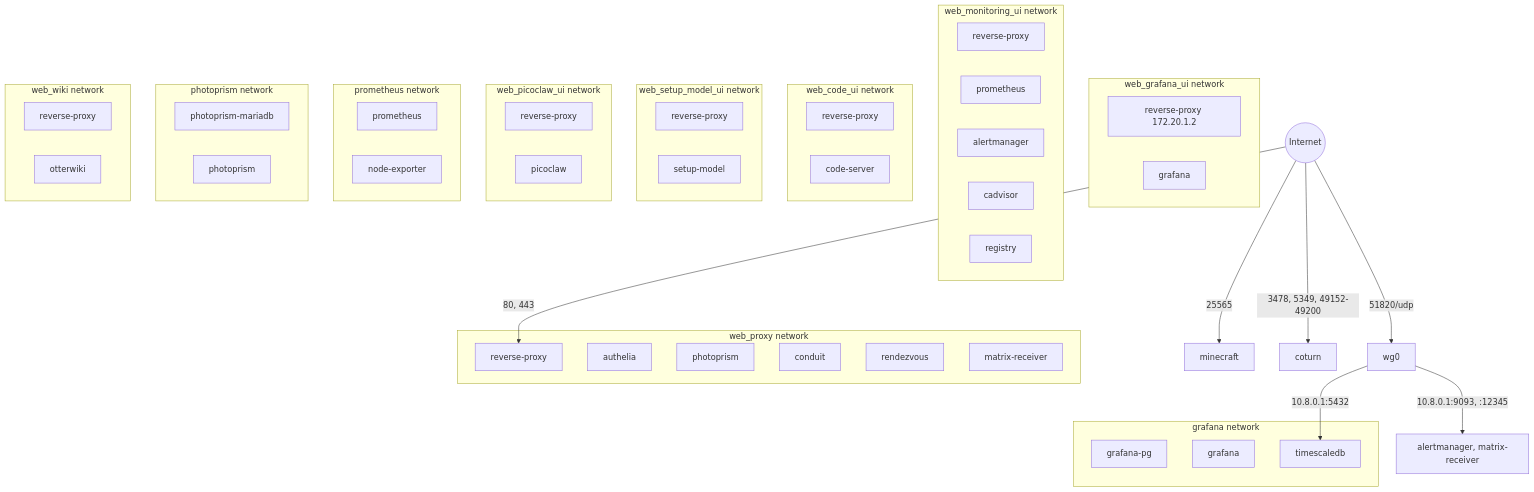
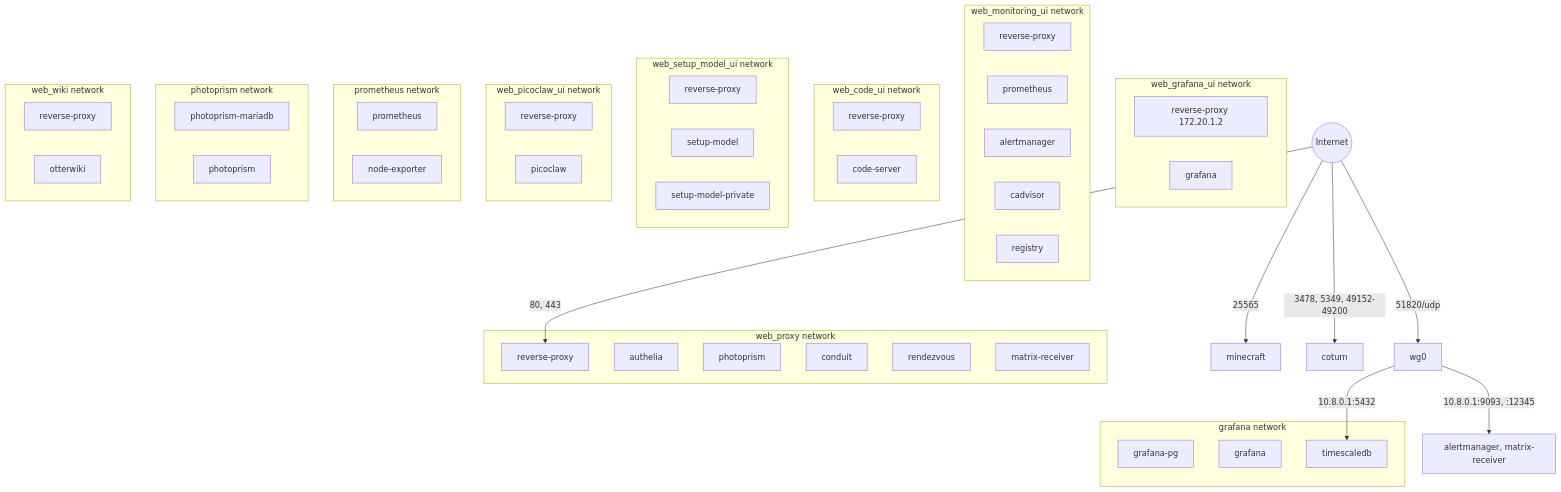
One commit to Waxolunist/ansible-docker-server changed the fourth of 6 diagrams in ARCHITECTURE.md. Above: the diagram before and after it, drawn with Mermaid. The commit also changed other lines of this file and 4 other files, not shown here.

First line of the commit message:
feat: serve the private setup model behind Authelia (TASK-233)

````diff
--- a/ARCHITECTURE.md
+++ b/ARCHITECTURE.md
@@ -246,67 +247,68 @@
 ```mermaid
 graph TB
     subgraph proxy_net[web_proxy network]
         RP[reverse-proxy]
         AUTH[authelia]
         PP[photoprism]
         CO[conduit]
         RV[rendezvous]
         MR[matrix-receiver]
     end
 
     subgraph grafana_ui_net[web_grafana_ui network]
         RP3[reverse-proxy 172.20.1.2]
         GR[grafana]
     end
 
     subgraph monitoring_ui_net[web_monitoring_ui network]
         RP4[reverse-proxy]
         PROM[prometheus]
         AM[alertmanager]
         CA[cadvisor]
         REG[registry]
     end
 
     subgraph code_ui_net[web_code_ui network]
         RP5[reverse-proxy]
         CS[code-server]
     end
 
     subgraph setup_model_ui_net[web_setup_model_ui network]
         RP8[reverse-proxy]
         SM[setup-model]
+        SMP[setup-model-private]
     end
 
     subgraph picoclaw_ui_net[web_picoclaw_ui network]
         RP6[reverse-proxy]
         PC[picoclaw]
     end
 
     subgraph prom_net[prometheus network]
         PROM2[prometheus]
         NE[node-exporter]
     end
 
     subgraph graf_net[grafana network]
         GPG[grafana-pg]
         GR2[grafana]
         TS[timescaledb]
     end
 
     subgraph photo_net[photoprism network]
         PM[photoprism-mariadb]
         PP2[photoprism]
     end
 
     subgraph wiki_net[web_wiki network]
         RP2[reverse-proxy]
         OW[otterwiki]
     end
 
     INTERNET((Internet)) -->|80, 443| RP
     INTERNET -->|25565| MC[minecraft]
     INTERNET -->|3478, 5349, 49152-49200| CT[coturn]
     INTERNET -->|51820/udp| WG0[wg0]
     WG0 -->|10.8.0.1:5432| TS
     WG0 -->|10.8.0.1:9093, :12345| AMX[alertmanager, matrix-receiver]
 ```
````
